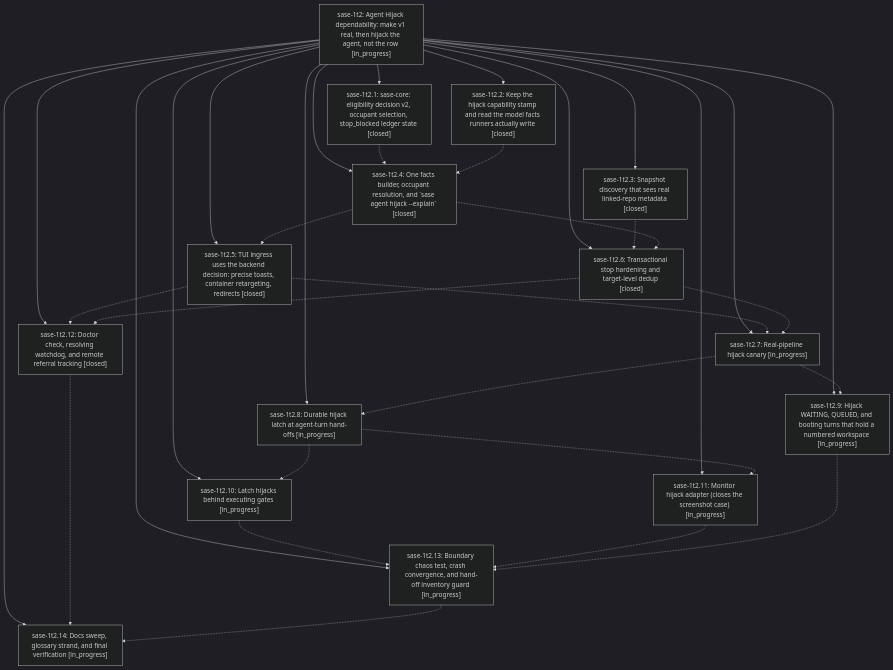
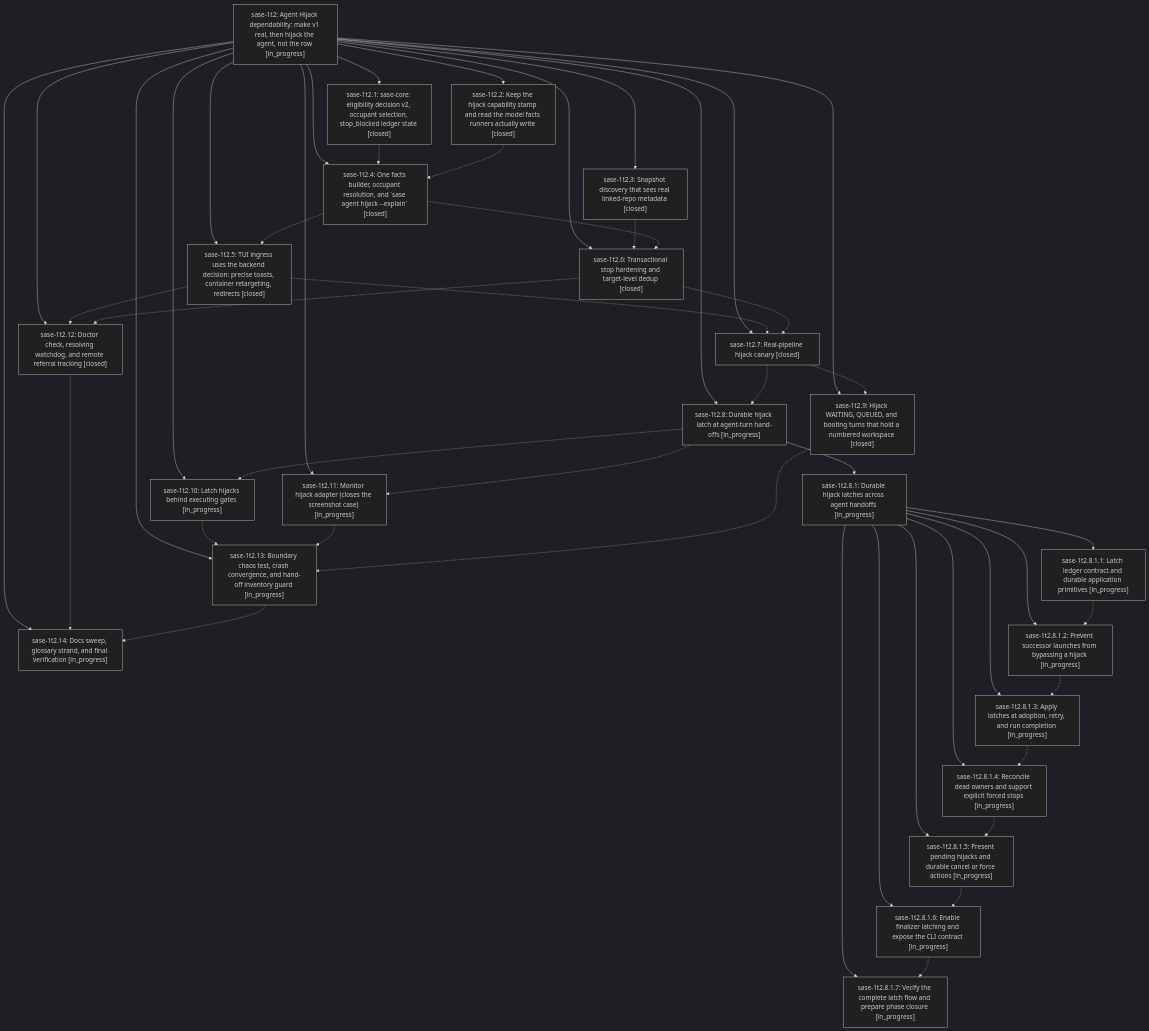
The diagram in pages/sase-1t2/README.md (sase-org/sase--beads), drawn with Mermaid (dark theme) before and after one commit. The commit also changed other lines of this file and 14 other files, not shown here.

````diff
--- a/pages/sase-1t2/README.md
+++ b/pages/sase-1t2/README.md
@@ -49,50 +49,72 @@
 ```mermaid
 flowchart TD
     n0["sase-1t2: Agent Hijack dependability: make v1 real, then hijack the agent, not the row [in_progress]"]
     n1["sase-1t2.1: sase-core: eligibility decision v2, occupant selection, stop_blocked ledger state [closed]"]
     n2["sase-1t2.10: Latch hijacks behind executing gates [in_progress]"]
     n3["sase-1t2.11: Monitor hijack adapter (closes the screenshot case) [in_progress]"]
     n4["sase-1t2.12: Doctor check, resolving watchdog, and remote referral tracking [closed]"]
     n5["sase-1t2.13: Boundary chaos test, crash convergence, and hand-off inventory guard [in_progress]"]
     n6["sase-1t2.14: Docs sweep, glossary strand, and final verification [in_progress]"]
     n7["sase-1t2.2: Keep the hijack capability stamp and read the model facts runners actually write [closed]"]
     n8["sase-1t2.3: Snapshot discovery that sees real linked-repo metadata [closed]"]
     n9["sase-1t2.4: One facts builder, occupant resolution, and `sase agent hijack --explain` [closed]"]
     n10["sase-1t2.5: TUI ingress uses the backend decision: precise toasts, container retargeting, redirects [closed]"]
     n11["sase-1t2.6: Transactional stop hardening and target-level dedup [closed]"]
-    n12["sase-1t2.7: Real-pipeline hijack canary [in_progress]"]
+    n12["sase-1t2.7: Real-pipeline hijack canary [closed]"]
     n13["sase-1t2.8: Durable hijack latch at agent-turn hand-offs [in_progress]"]
-    n14["sase-1t2.9: Hijack WAITING, QUEUED, and booting turns that hold a numbered workspace [in_progress]"]
+    n14["sase-1t2.8.1: Durable hijack latches across agent handoffs [in_progress]"]
+    n15["sase-1t2.8.1.1: Latch ledger contract and durable application primitives [in_progress]"]
+    n16["sase-1t2.8.1.2: Prevent successor launches from bypassing a hijack [in_progress]"]
+    n17["sase-1t2.8.1.3: Apply latches at adoption, retry, and run completion [in_progress]"]
+    n18["sase-1t2.8.1.4: Reconcile dead owners and support explicit forced stops [in_progress]"]
+    n19["sase-1t2.8.1.5: Present pending hijacks and durable cancel or force actions [in_progress]"]
+    n20["sase-1t2.8.1.6: Enable finalizer latching and expose the CLI contract [in_progress]"]
+    n21["sase-1t2.8.1.7: Verify the complete latch flow and prepare phase closure [in_progress]"]
+    n22["sase-1t2.9: Hijack WAITING, QUEUED, and booting turns that hold a numbered workspace [closed]"]
     n0 --> n1
     n0 --> n2
     n0 --> n3
     n0 --> n4
     n0 --> n5
     n0 --> n6
     n0 --> n7
     n0 --> n8
     n0 --> n9
     n0 --> n10
     n0 --> n11
     n0 --> n12
     n0 --> n13
-    n0 --> n14
+    n13 --> n14
+    n14 --> n15
+    n14 --> n16
+    n14 --> n17
+    n14 --> n18
+    n14 --> n19
+    n14 --> n20
+    n14 --> n21
+    n0 --> n22
     n1 -.-> n9
     n2 -.-> n5
     n3 -.-> n5
     n4 -.-> n6
     n5 -.-> n6
     n7 -.-> n9
     n8 -.-> n11
     n9 -.-> n10
     n9 -.-> n11
     n10 -.-> n4
     n10 -.-> n12
     n11 -.-> n4
     n11 -.-> n12
     n12 -.-> n13
-    n12 -.-> n14
+    n12 -.-> n22
     n13 -.-> n2
     n13 -.-> n3
-    n14 -.-> n5
+    n15 -.-> n16
+    n16 -.-> n17
+    n17 -.-> n18
+    n18 -.-> n19
+    n19 -.-> n20
+    n20 -.-> n21
+    n22 -.-> n5
 ```
````
